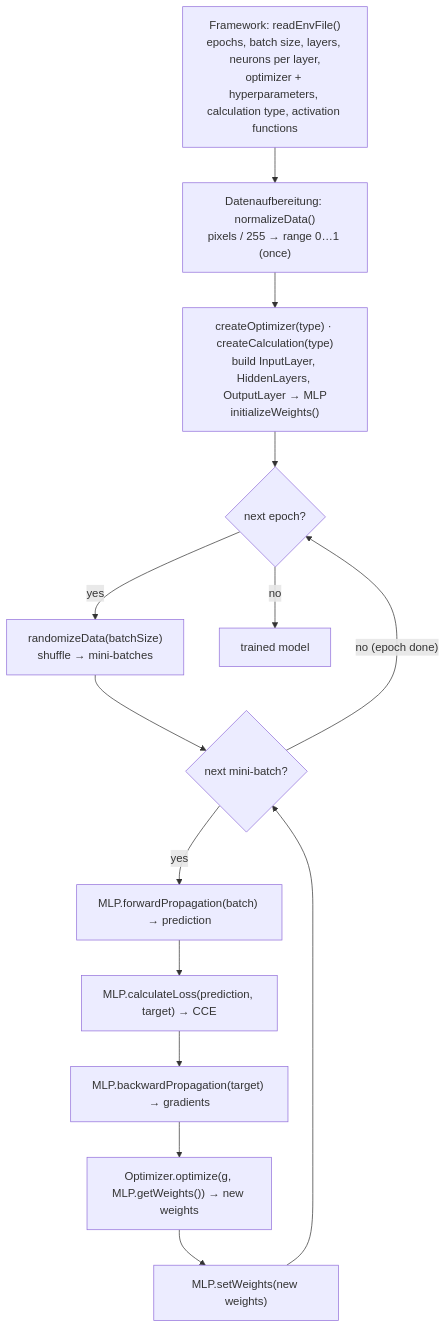
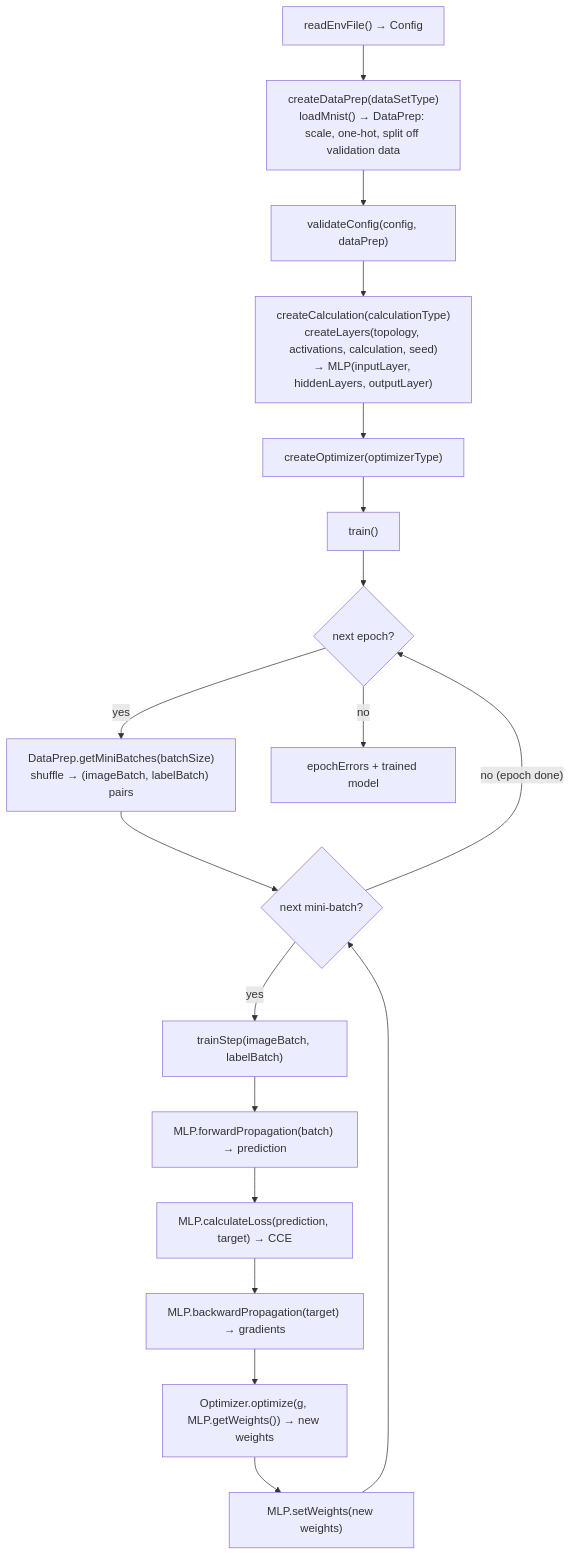
The diagram in docs/architecture/README.md (domt99/ki-ba), drawn with Mermaid before and after one commit. The commit also changed other lines of this file, not shown here.

First line of the commit message:
Update architecture README to match the final diagram

````diff
--- a/docs/architecture/README.md
+++ b/docs/architecture/README.md
@@ -53,17 +60,21 @@
 ```mermaid
 flowchart TD
-    A["Framework: readEnvFile()<br/>epochs, batch size, layers, neurons per layer,<br/>optimizer + hyperparameters, calculation type, activation functions"]
-    A --> B["Datenaufbereitung: normalizeData()<br/>pixels / 255 → range 0…1 (once)"]
-    B --> C["createOptimizer(type) · createCalculation(type)<br/>build InputLayer, HiddenLayers, OutputLayer → MLP<br/>initializeWeights()"]
-    C --> E{"next epoch?"}
-    E -- yes --> F["randomizeData(batchSize)<br/>shuffle → mini-batches"]
+    A["readEnvFile() → Config"]
+    A --> B["createDataPrep(dataSetType)<br/>loadMnist() → DataPrep: scale, one-hot, split off validation data"]
+    B --> V["validateConfig(config, dataPrep)"]
+    V --> C["createCalculation(calculationType)<br/>createLayers(topology, activations, calculation, seed)<br/>→ MLP(inputLayer, hiddenLayers, outputLayer)"]
+    C --> O["createOptimizer(optimizerType)"]
+    O --> T["train()"]
+    T --> E{"next epoch?"}
+    E -- yes --> F["DataPrep.getMiniBatches(batchSize)<br/>shuffle → (imageBatch, labelBatch) pairs"]
     F --> G{"next mini-batch?"}
-    G -- yes --> H["MLP.forwardPropagation(batch) → prediction"]
-    H --> I["MLP.calculateLoss(prediction, target) → CCE"]
+    G -- yes --> H["trainStep(imageBatch, labelBatch)"]
+    H --> H1["MLP.forwardPropagation(batch) → prediction"]
+    H1 --> I["MLP.calculateLoss(prediction, target) → CCE"]
     I --> J["MLP.backwardPropagation(target) → gradients"]
     J --> K["Optimizer.optimize(g, MLP.getWeights()) → new weights"]
     K --> L["MLP.setWeights(new weights)"]
     L --> G
     G -- "no (epoch done)" --> E
-    E -- no --> Z["trained model"]
+    E -- no --> Z["epochErrors + trained model"]
 ```
````
